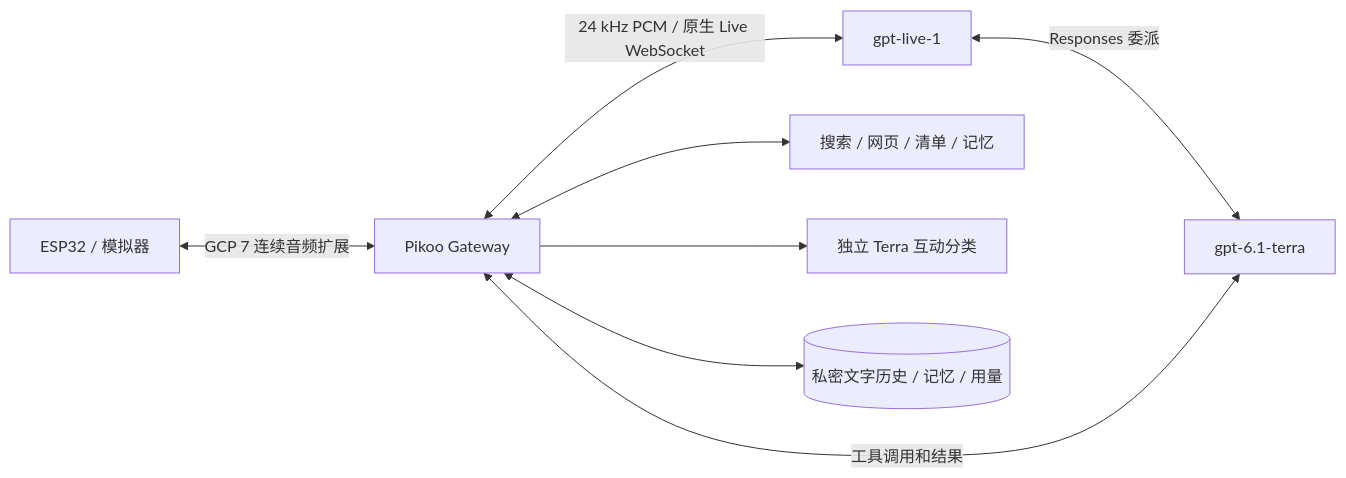
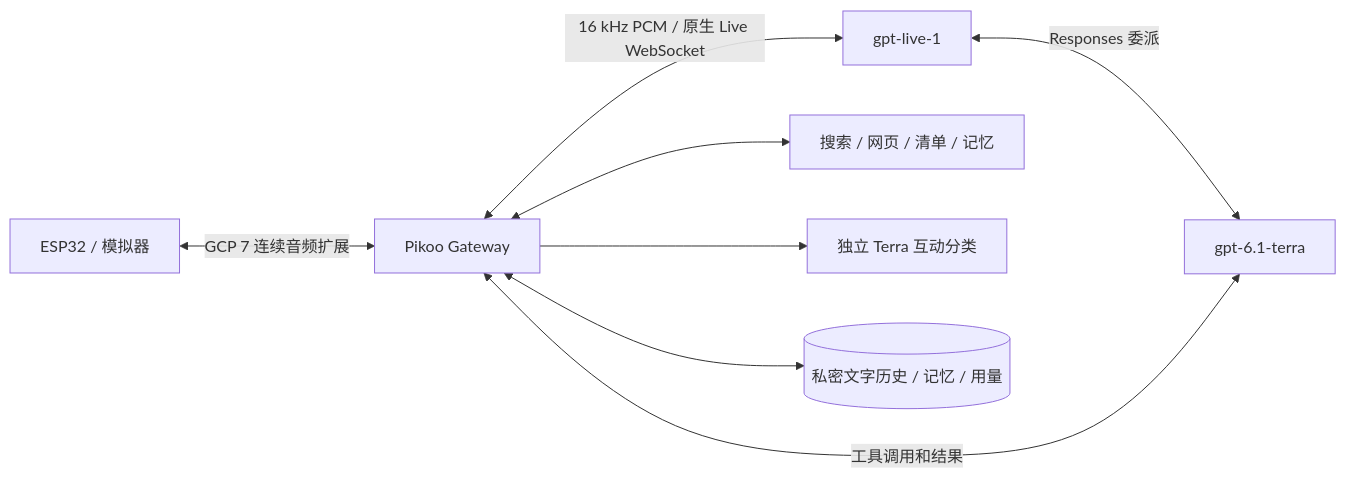
The diagram in docs/openai-live.zh-CN.md (skiyo/pikoo), drawn with Mermaid before and after one commit. The commit also changed other lines of this file and 15 other files, not shown here.

````diff
--- a/docs/openai-live.zh-CN.md
+++ b/docs/openai-live.zh-CN.md
@@ -13,10 +15,10 @@
 ```mermaid
 flowchart LR
     Device[ESP32 / 模拟器] <-->|GCP 7 连续音频扩展| Gateway[Pikoo Gateway]
-    Gateway <-->|24 kHz PCM / 原生 Live WebSocket| Live[gpt-live-1]
+    Gateway <-->|16 kHz PCM / 原生 Live WebSocket| Live[gpt-live-1]
     Live <-->|Responses 委派| Terra[gpt-6.1-terra]
     Terra <-->|工具调用和结果| Gateway
     Gateway <--> Tools[搜索 / 网页 / 清单 / 记忆]
     Gateway --> Classifier[独立 Terra 互动分类]
     Gateway <--> State[(私密文字历史 / 记忆 / 用量)]
 ```
````
